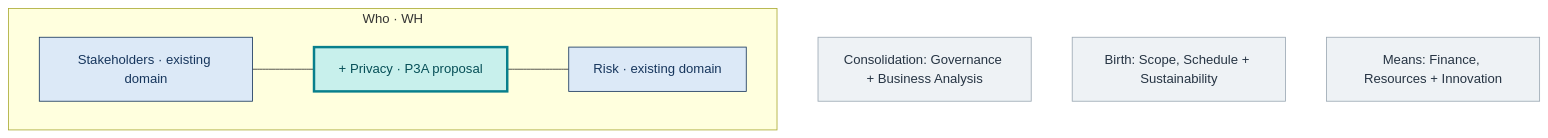
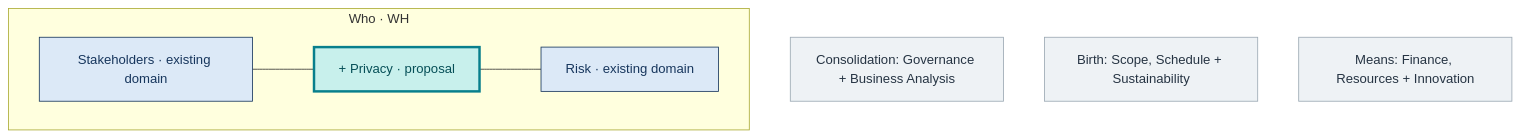
One commit to cadu-unb/_POS-PPCA-GPTI_2026-2 changed the first of 5 diagrams in _grupo/P3A/entregas/P3A_Privacidade2_Report_EN.md. Above: the diagram before and after it, drawn with Mermaid. The commit also changed other lines of this file and 5 other files, not shown here.

````diff
--- a/_grupo/P3A/entregas/P3A_Privacidade2_Report_EN.md
+++ b/_grupo/P3A/entregas/P3A_Privacidade2_Report_EN.md
@@ -86,15 +103,15 @@
 ```mermaid
 flowchart TB
     CO["Consolidation: Governance + Business Analysis"]
     BI["Birth: Scope, Schedule + Sustainability"]
     ME["Means: Finance, Resources + Innovation"]
     subgraph WH["Who · WH"]
-        ST["Stakeholders · existing domain"] --- PV["+ Privacy · P3A proposal"] --- RI["Risk · existing domain"]
+        ST["Stakeholders · existing domain"] --- PV["+ Privacy · proposal"] --- RI["Risk · existing domain"]
     end
     classDef context fill:#eef2f5,stroke:#9ba8b3,color:#263443
     classDef existing fill:#dce9f7,stroke:#17365d,color:#17365d
     classDef proposed fill:#c8f0ec,stroke:#087f8c,stroke-width:3px,color:#064f57
     class CO,BI,ME context
     class ST,RI existing
     class PV proposed
 ```
````
